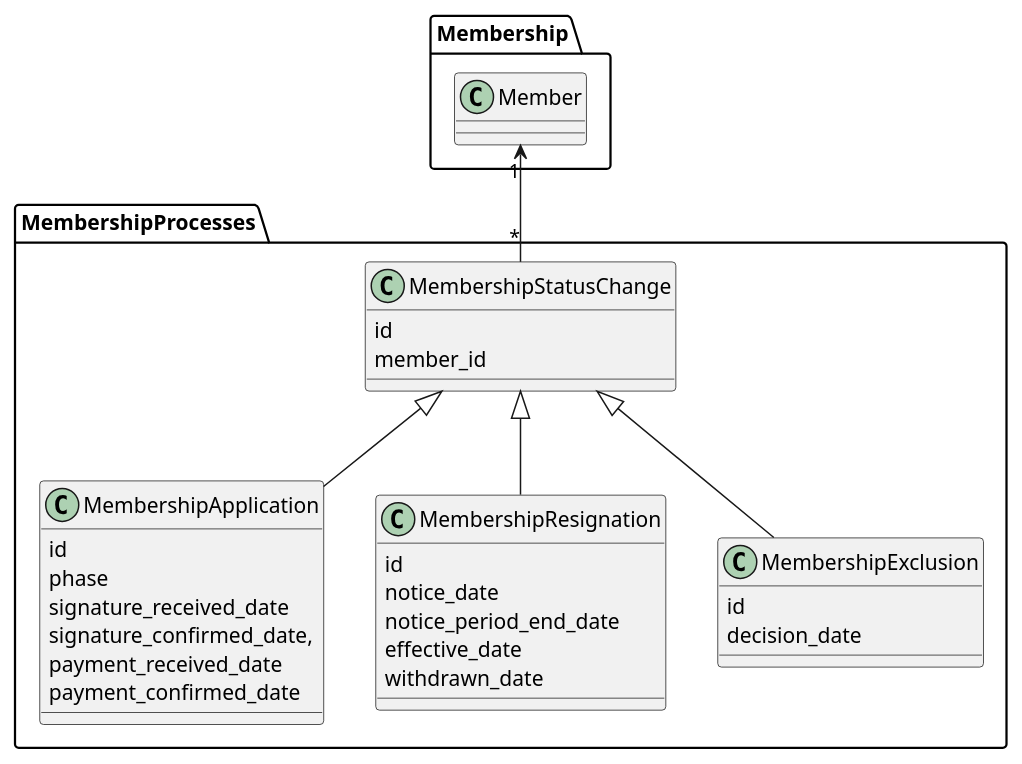
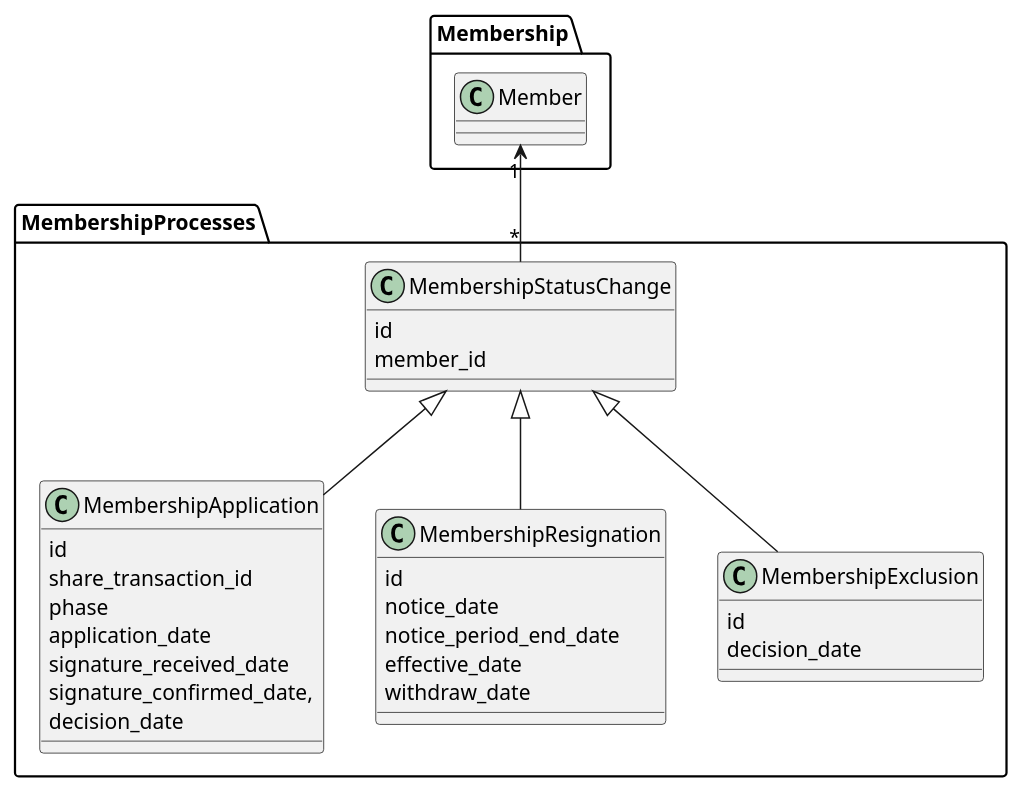
Before and after one commit to buffstop/PepCoopMembership: the fifth of 12 diagrams in docs/design/index.rst, drawn with PlantUML. The commit also changed other lines of this file, not shown here.

```diff
--- a/docs/design/index.rst
+++ b/docs/design/index.rst
@@ -344,59 +365,62 @@
 .. uml::
    :caption: UML class diagram of the Membership Processes package.
 
    @startuml
    package Membership {
        class Member
    }
    package MembershipProcesses {
        class MembershipStatusChange {
            id
            member_id
        }
 
        Member "1" <-- "*" MembershipStatusChange
 
        class MembershipApplication {
            id
+           share_transaction_id
            phase
            ' TODO: applied, admitted, rejected, withdrawn
            ' Wie können Datumswerte für rejected und withdrawn konsistent dargestellt werden?
            ' Normalisierung nötig?
+           application_date
            signature_received_date
            signature_confirmed_date,
-           payment_received_date
-           payment_confirmed_date
+           ' payment_received_date
+           ' payment_confirmed_date
+           decision_date
 
            ' TODO: Eigentlich müsste für MembershipApplication eine Rechnung
            ' ausgestellt und zu dieser ein Zahlungseingang verbucht werden.
        }
 
        MembershipStatusChange <|-- MembershipApplication
 
        class MembershipResignation {
            id
            notice_date
            notice_period_end_date
            effective_date
-           withdrawn_date
+           withdraw_date
 
            ' TODO: Wird für die Rückerstattung der Anteilsgebühr ein Beleg
            ' ausgestellt, ähnlich einer Storno-Rechnung? Dieser könnte mit der
            ' Kündigung verknüpft werden und es könnte einen Zahlungsvorgang
            ' dazu im Accounting geben.
 
        }
 
        MembershipStatusChange <|-- MembershipResignation
 
        class MembershipExclusion {
            id
            decision_date
            ' TODO: Eigenschaften mit rechtlichen Voraussetzungen abgleichen.
        }
 
        MembershipStatusChange <|-- MembershipExclusion
 
        ' TODO: death, liquidation
    }
    @enduml
```
